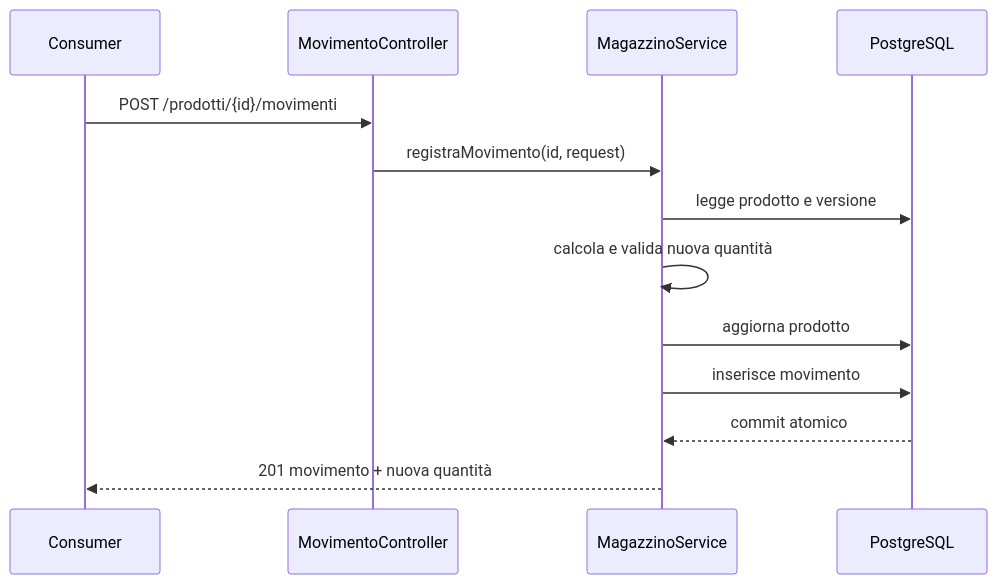
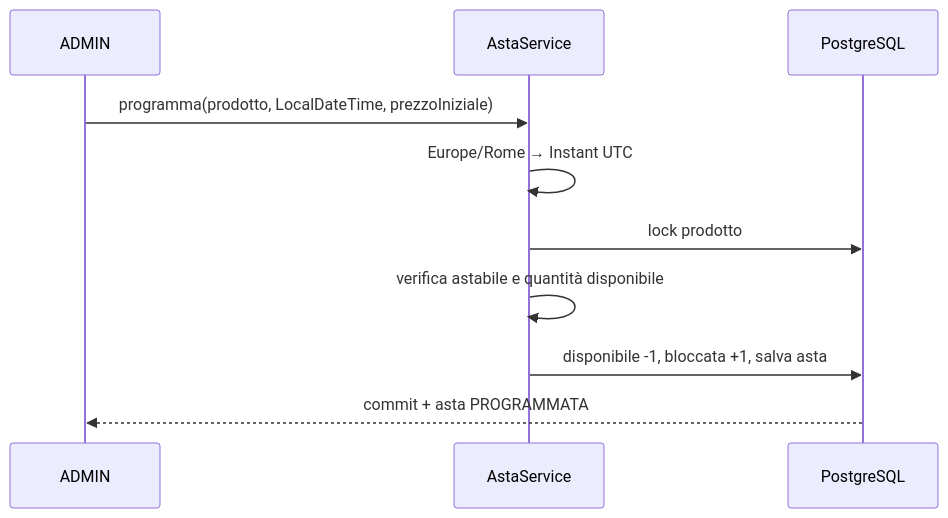
One commit to MatteoCharrierITS/Java-esercitazione-spring-api changed the second of 3 diagrams in docs/02-architettura.md. Above: the diagram before and after it, drawn with Mermaid. The commit also changed other lines of this file and 50 other files, not shown here.

````diff
--- a/docs/02-architettura.md
+++ b/docs/02-architettura.md
@@ -62,15 +51,12 @@
 ```mermaid
 sequenceDiagram
-    participant C as Consumer
-    participant A as MovimentoController
-    participant S as MagazzinoService
+    participant A as ADMIN
+    participant S as AstaService
     participant DB as PostgreSQL
-    C->>A: POST /prodotti/{id}/movimenti
-    A->>S: registraMovimento(id, request)
-    S->>DB: legge prodotto e versione
-    S->>S: calcola e valida nuova quantità
-    S->>DB: aggiorna prodotto
-    S->>DB: inserisce movimento
-    DB-->>S: commit atomico
-    S-->>C: 201 movimento + nuova quantità
+    A->>S: programma(prodotto, LocalDateTime, prezzoIniziale)
+    S->>S: Europe/Rome → Instant UTC
+    S->>DB: lock prodotto
+    S->>S: verifica astabile e quantità disponibile
+    S->>DB: disponibile -1, bloccata +1, salva asta
+    DB-->>A: commit + asta PROGRAMMATA
 ```
````
